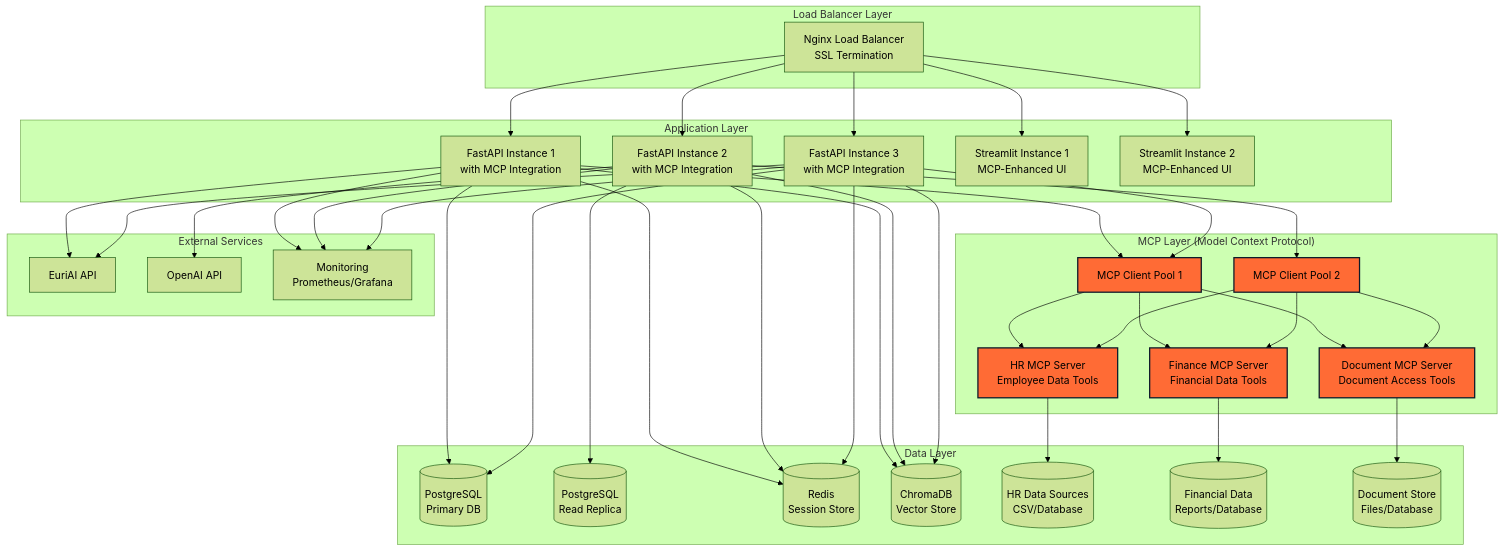
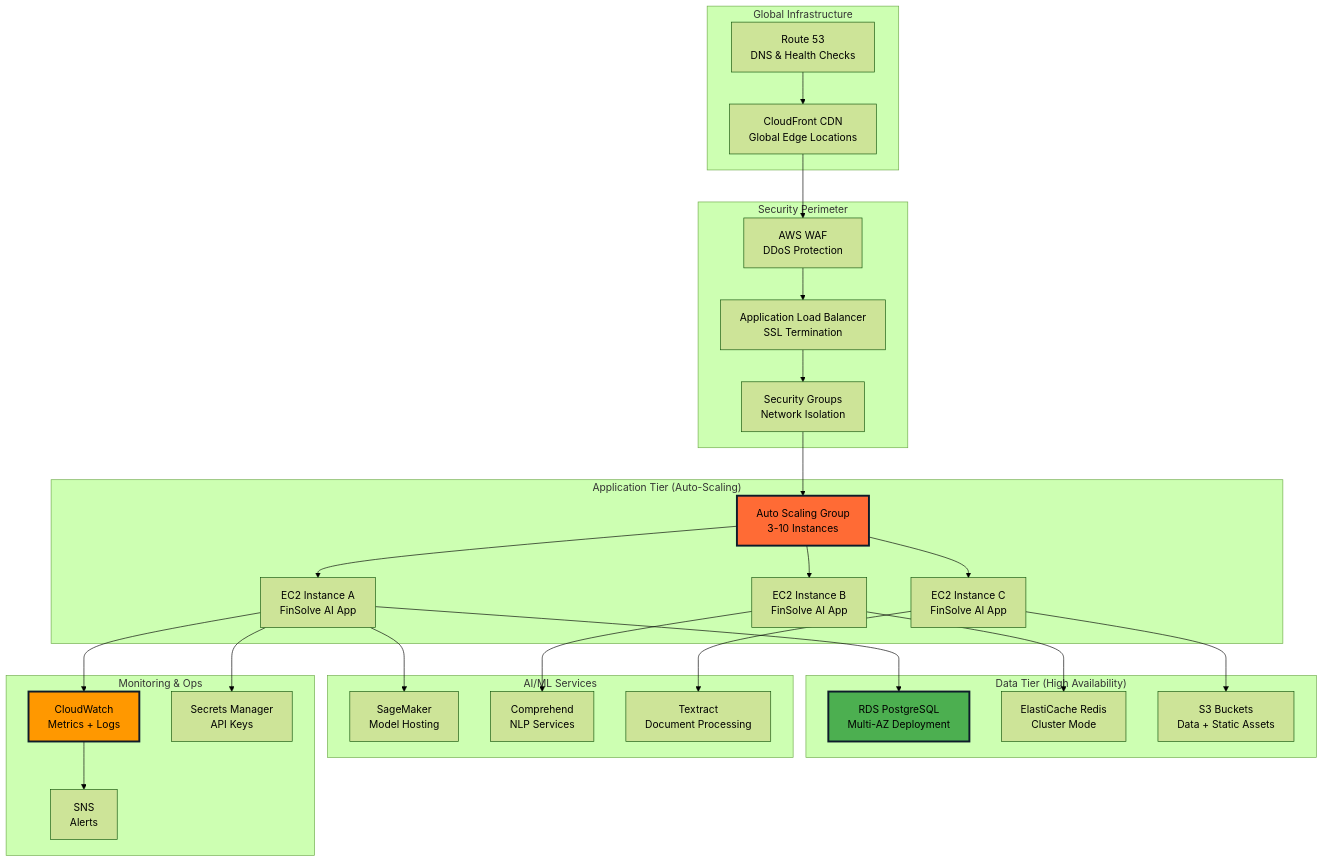
Before and after one commit to erickyegon/finsolve-rag-rbac-assistant: the third of 3 diagrams in README.md, drawn with Mermaid (forest theme). The commit also changed other lines of this file, not shown here.

````diff
--- a/README.md
+++ b/README.md
@@ -1208,85 +378,60 @@
 ```mermaid
 graph TB
-    subgraph "Load Balancer Layer"
-        LB[Nginx Load Balancer<br/>SSL Termination]
+    subgraph "Global Infrastructure"
+        CF[CloudFront CDN<br/>Global Edge Locations]
+        R53[Route 53<br/>DNS & Health Checks]
     end
 
-    subgraph "Application Layer"
-        API1[FastAPI Instance 1<br/>with MCP Integration]
-        API2[FastAPI Instance 2<br/>with MCP Integration]
-        API3[FastAPI Instance 3<br/>with MCP Integration]
-        UI1[Streamlit Instance 1<br/>MCP-Enhanced UI]
-        UI2[Streamlit Instance 2<br/>MCP-Enhanced UI]
+    subgraph "Security Perimeter"
+        WAF[AWS WAF<br/>DDoS Protection]
+        ALB[Application Load Balancer<br/>SSL Termination]
+        SG[Security Groups<br/>Network Isolation]
     end
 
-    subgraph "MCP Layer (Model Context Protocol)"
-        MCP1[MCP Client Pool 1]
-        MCP2[MCP Client Pool 2]
-        HR_SRV[HR MCP Server<br/>Employee Data Tools]
-        FIN_SRV[Finance MCP Server<br/>Financial Data Tools]
-        DOC_SRV[Document MCP Server<br/>Document Access Tools]
+    subgraph "Application Tier (Auto-Scaling)"
+        ASG[Auto Scaling Group<br/>3-10 Instances]
+        EC2A[EC2 Instance A<br/>FinSolve AI App]
+        EC2B[EC2 Instance B<br/>FinSolve AI App]
+        EC2C[EC2 Instance C<br/>FinSolve AI App]
     end
 
-    subgraph "Data Layer"
-        PG[(PostgreSQL<br/>Primary DB)]
-        PGR[(PostgreSQL<br/>Read Replica)]
-        REDIS[(Redis<br/>Session Store)]
-        CHROMA[(ChromaDB<br/>Vector Store)]
-        HR_DATA[(HR Data Sources<br/>CSV/Database)]
-        FIN_DATA[(Financial Data<br/>Reports/Database)]
-        DOC_DATA[(Document Store<br/>Files/Database)]
+    subgraph "Data Tier (High Availability)"
+        RDS[RDS PostgreSQL<br/>Multi-AZ Deployment]
+        REDIS[ElastiCache Redis<br/>Cluster Mode]
+        S3[S3 Buckets<br/>Data + Static Assets]
     end
 
-    subgraph "External Services"
-        EURI[EuriAI API]
-        OPENAI[OpenAI API]
-        MONITOR[Monitoring<br/>Prometheus/Grafana]
+    subgraph "AI/ML Services"
+        SAGE[SageMaker<br/>Model Hosting]
+        COMP[Comprehend<br/>NLP Services]
+        TEXT[Textract<br/>Document Processing]
     end
 
-    LB --> API1
-    LB --> API2
-    LB --> API3
-    LB --> UI1
-    LB --> UI2
+    subgraph "Monitoring & Ops"
+        CW[CloudWatch<br/>Metrics + Logs]
+        SNS[SNS<br/>Alerts]
+        SECRETS[Secrets Manager<br/>API Keys]
+    end
 
-    API1 --> MCP1
-    API2 --> MCP2
-    API3 --> MCP1
+    CF --> WAF
+    R53 --> CF
+    WAF --> ALB
+    ALB --> SG
+    SG --> ASG
+    ASG --> EC2A
+    ASG --> EC2B
+    ASG --> EC2C
+    EC2A --> RDS
+    EC2B --> REDIS
+    EC2C --> S3
+    EC2A --> SAGE
+    EC2B --> COMP
+    EC2C --> TEXT
+    EC2A --> CW
+    CW --> SNS
+    EC2A --> SECRETS
 
-    MCP1 --> HR_SRV
-    MCP1 --> FIN_SRV
-    MCP1 --> DOC_SRV
-    MCP2 --> HR_SRV
-    MCP2 --> FIN_SRV
-    MCP2 --> DOC_SRV
-
-    HR_SRV --> HR_DATA
-    FIN_SRV --> FIN_DATA
-    DOC_SRV --> DOC_DATA
-
-    API1 --> PG
-    API2 --> PGR
-    API3 --> PG
-
-    API1 --> REDIS
-    API2 --> REDIS
-    API3 --> REDIS
-
-    API1 --> CHROMA
-    API2 --> CHROMA
-    API3 --> CHROMA
-
-    API1 --> EURI
-    API2 --> OPENAI
-    API3 --> EURI
-
-    API1 --> MONITOR
-    API2 --> MONITOR
-    API3 --> MONITOR
-
-    style HR_SRV fill:#FF6B35,stroke:#0D1B2A,stroke-width:2px
-    style FIN_SRV fill:#FF6B35,stroke:#0D1B2A,stroke-width:2px
-    style DOC_SRV fill:#FF6B35,stroke:#0D1B2A,stroke-width:2px
-    style MCP1 fill:#FF6B35,stroke:#0D1B2A,stroke-width:2px
-    style MCP2 fill:#FF6B35,stroke:#0D1B2A,stroke-width:2px
+    style ASG fill:#FF6B35,stroke:#0D1B2A,stroke-width:3px
+    style RDS fill:#4CAF50,stroke:#0D1B2A,stroke-width:3px
+    style CW fill:#FF9800,stroke:#0D1B2A,stroke-width:3px
 ```
````
